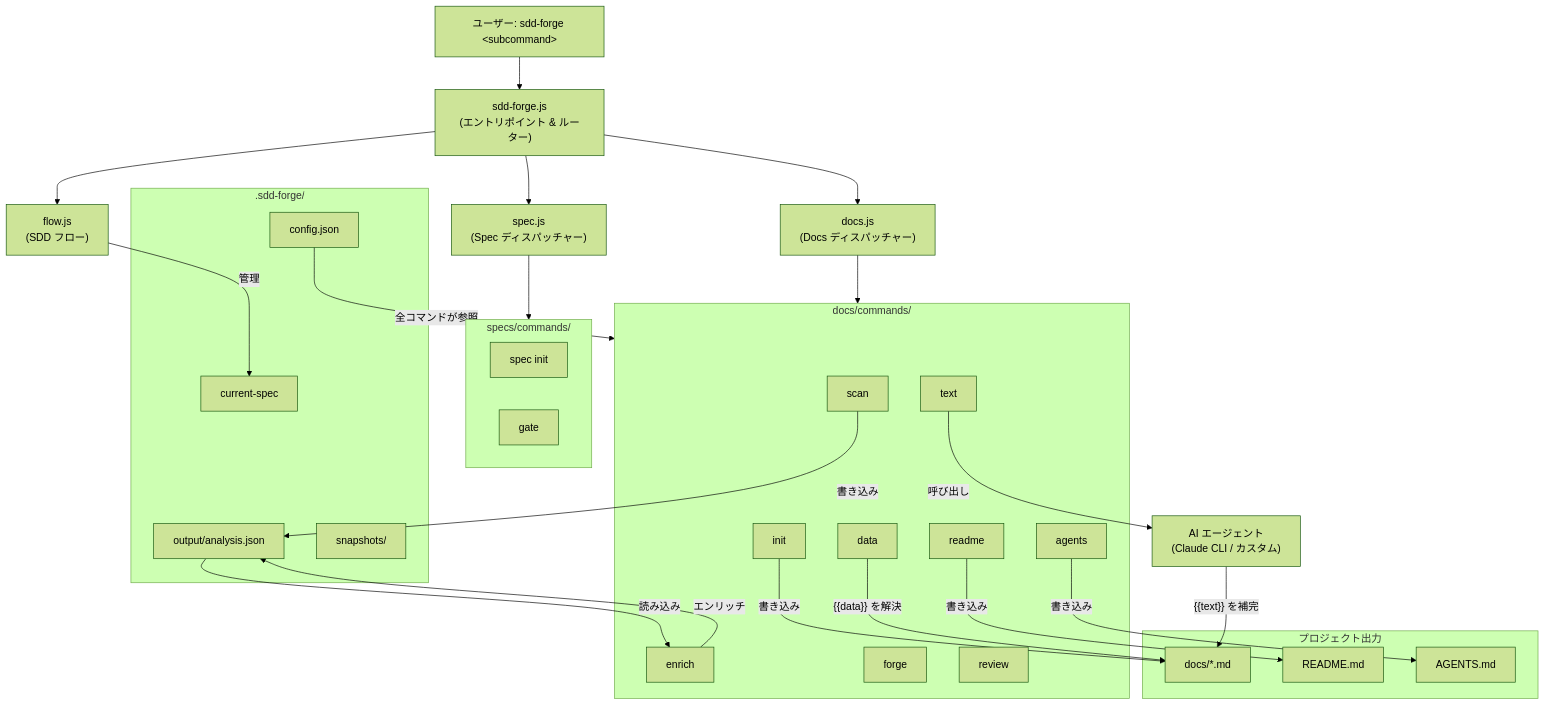
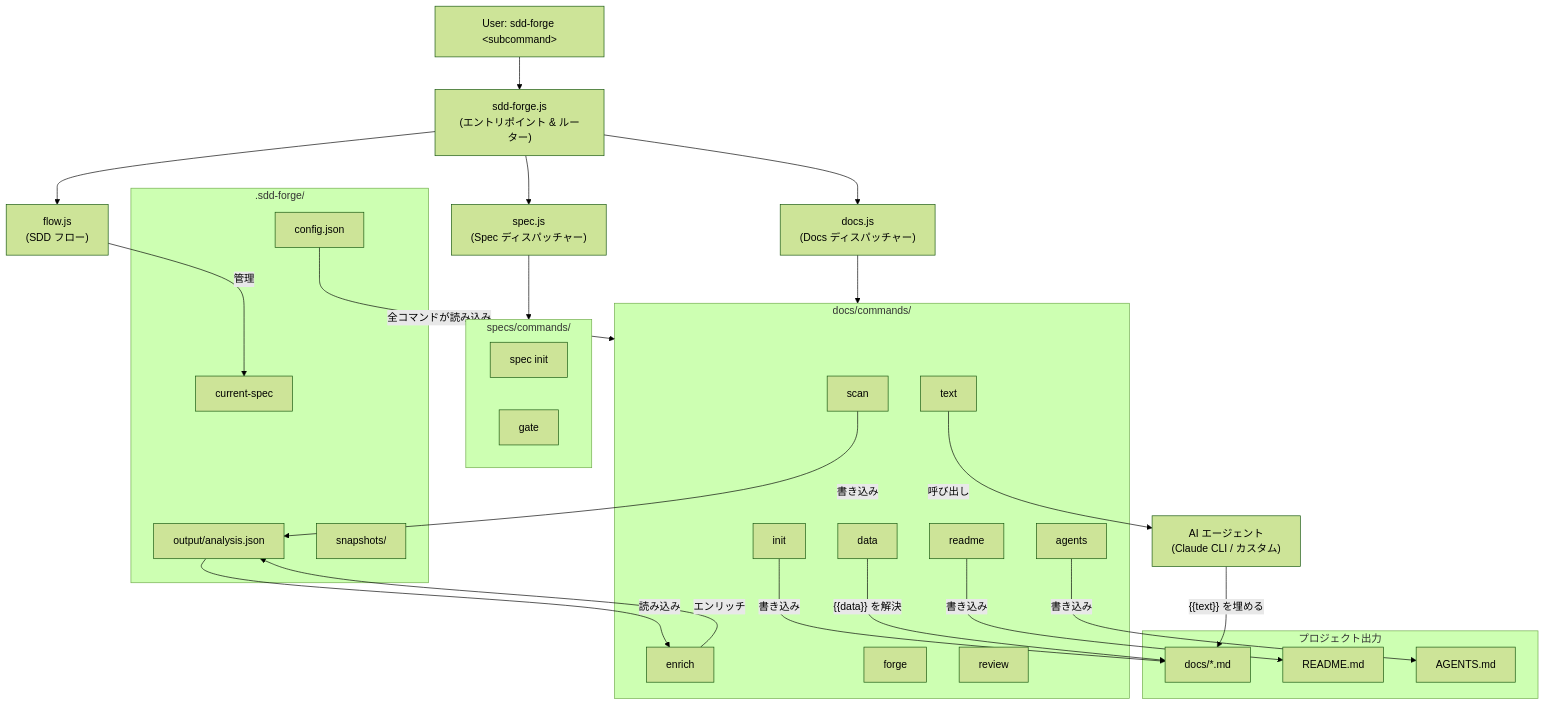
The diagram in docs/ja/overview.md (SpreadWorks/sdd-forge), drawn with Mermaid (forest theme) before and after one commit. The commit also changed other lines of this file and 23 other files, not shown here.

````diff
--- a/docs/ja/overview.md
+++ b/docs/ja/overview.md
@@ -16,58 +16,58 @@
 ```mermaid
 flowchart TD
-    User["ユーザー: sdd-forge &lt;subcommand&gt;"]
+    User["User: sdd-forge &lt;subcommand&gt;"]
     Entry["sdd-forge.js\n(エントリポイント & ルーター)"]
     Docs["docs.js\n(Docs ディスパッチャー)"]
     Spec["spec.js\n(Spec ディスパッチャー)"]
     Flow["flow.js\n(SDD フロー)"]
 
     subgraph DocsCmds["docs/commands/"]
         Scan["scan"]
         Enrich["enrich"]
         Init["init"]
         Data["data"]
         Text["text"]
         Readme["readme"]
         Agents["agents"]
         Forge["forge"]
         Review["review"]
     end
 
     subgraph SpecCmds["specs/commands/"]
         SpecInit["spec init"]
         Gate["gate"]
     end
 
     subgraph Storage[".sdd-forge/"]
         Config["config.json"]
         Analysis["output/analysis.json"]
         CurrentSpec["current-spec"]
         Snapshots["snapshots/"]
     end
 
     subgraph Output["プロジェクト出力"]
         DocsDir["docs/*.md"]
         ReadmeMd["README.md"]
         AgentsMd["AGENTS.md"]
     end
 
     AI["AI エージェント\n(Claude CLI / カスタム)"]
 
     User --> Entry
     Entry --> Docs
     Entry --> Spec
     Entry --> Flow
     Docs --> DocsCmds
     Spec --> SpecCmds
     Scan -->|"書き込み"| Analysis
     Analysis -->|"読み込み"| Enrich
     Enrich -->|"エンリッチ"| Analysis
     Init -->|"書き込み"| DocsDir
     Data -->|"{{data}} を解決"| DocsDir
     Text -->|"呼び出し"| AI
-    AI -->|"{{text}} を補完"| DocsDir
+    AI -->|"{{text}} を埋める"| DocsDir
     Readme -->|"書き込み"| ReadmeMd
     Agents -->|"書き込み"| AgentsMd
-    Config -->|"全コマンドが参照"| DocsCmds
+    Config -->|"全コマンドが読み込み"| DocsCmds
     Flow -->|"管理"| CurrentSpec
 ```
````
